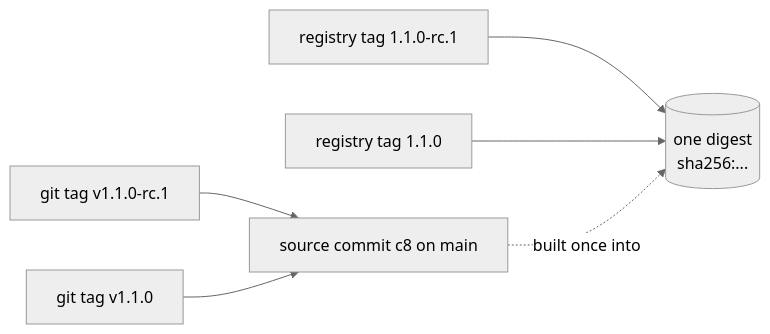
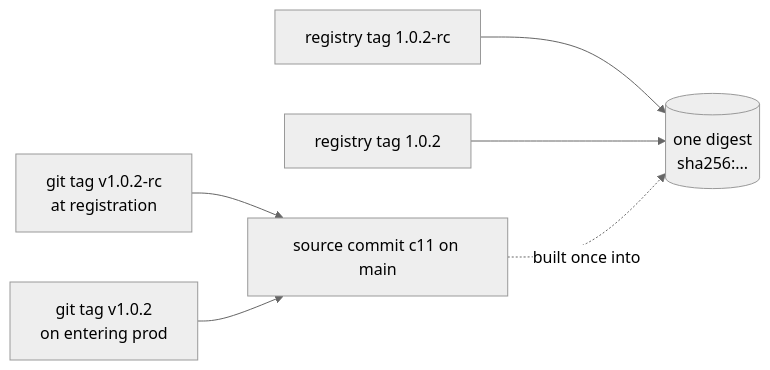
One commit to gora-tools/gora changed the fourth of 6 diagrams in docs/architecture/release-model.md. Above: the diagram before and after it, drawn with Mermaid (neutral theme). The commit also changed other lines of this file and 37 other files, not shown here.

````diff
--- a/docs/architecture/release-model.md
+++ b/docs/architecture/release-model.md
@@ -227,9 +242,9 @@
 ```mermaid
 flowchart LR
-  SC["source commit c8 on main"]
-  T1["git tag v1.1.0-rc.1"] --> SC
-  T2["git tag v1.1.0"] --> SC
-  R1["registry tag 1.1.0-rc.1"] --> D[("one digest<br/>sha256:...")]
-  R2["registry tag 1.1.0"] --> D
+  SC["source commit c11 on main"]
+  T1["git tag v1.0.2-rc<br/>at registration"] --> SC
+  T2["git tag v1.0.2<br/>on entering prod"] --> SC
+  R1["registry tag 1.0.2-rc"] --> D[("one digest<br/>sha256:...")]
+  R2["registry tag 1.0.2"] --> D
   SC -. "built once into" .-> D
 ```
````
